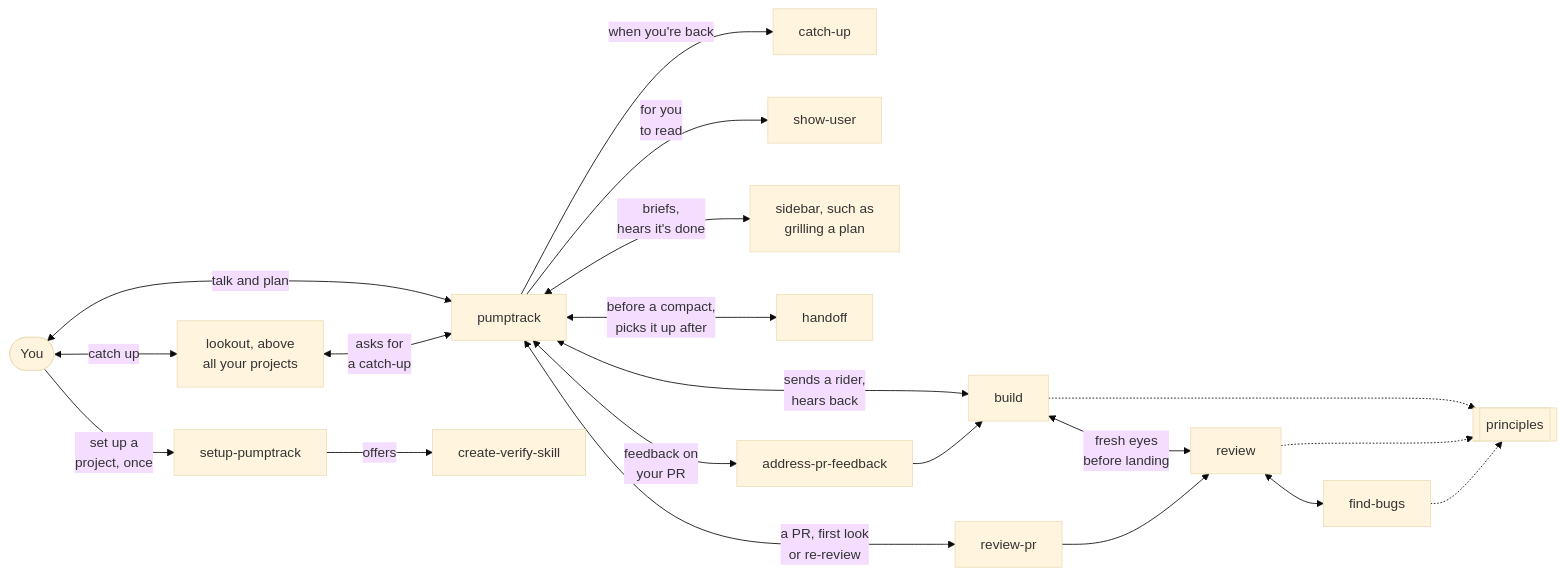
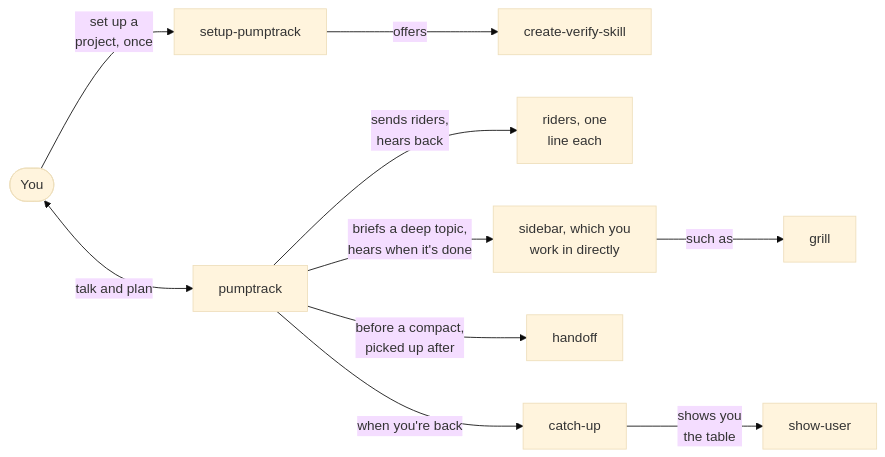
One commit to brandonbews/pumptrack changed the first of 4 diagrams in README.md. Above: the diagram before and after it, drawn with Mermaid (base theme). The commit also changed other lines of this file, not shown here.

Commit message:
README: three story diagrams and a compact map; the lookout directs work

````diff
--- a/README.md
+++ b/README.md
@@ -28,22 +30,11 @@
 ```mermaid
 flowchart LR
-  you(["You"]) <-->|talk and plan| pt["pumptrack"]
-  you <-->|catch up| lookout["lookout, above<br/>all your projects"]
-  you -->|"set up a<br/>project, once"| setup["setup-pumptrack"]
-  setup -->|offers| verify["create-verify-skill"]
-  lookout <-->|"asks for<br/>a catch-up"| pt
+  you(["You"]) <-->|"talk and plan"| pt["pumptrack"]
+  you -->|"set up a<br/>project, once"| setup["setup-pumptrack"] -->|"offers"| verify["create-verify-skill"]
+  pt -->|"sends riders,<br/>hears back"| riders["riders, one<br/>line each"]
+  pt -->|"briefs a deep topic,<br/>hears when it's done"| sidebar["sidebar, which you<br/>work in directly"]
+  sidebar -->|"such as"| grill["grill"]
+  pt -->|"before a compact,<br/>picked up after"| handoff["handoff"]
   pt -->|"when you're back"| catchup["catch-up"]
-  pt -->|"for you<br/>to read"| show["show-user"]
-  pt <-->|"briefs,<br/>hears it's done"| sidebar["sidebar, such as<br/>grilling a plan"]
-  pt <-->|"before a compact,<br/>picks it up after"| handoff["handoff"]
-  pt <-->|"sends a rider,<br/>hears back"| build["build"]
-  build <-->|"fresh eyes<br/>before landing"| review["review"]
-  pt <-->|"a PR, first look<br/>or re-review"| prreview["review-pr"]
-  prreview --> review
-  pt <-->|"feedback on<br/>your PR"| feedback["address-pr-feedback"]
-  feedback --> build
-  review <--> bugs["find-bugs"]
-  build -.-> principles[["principles"]]
-  review -.-> principles
-  bugs -.-> principles
+  catchup -->|"shows you<br/>the table"| show["show-user"]
 ```
````
